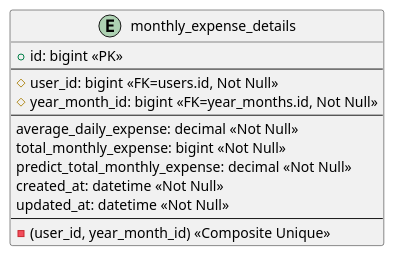
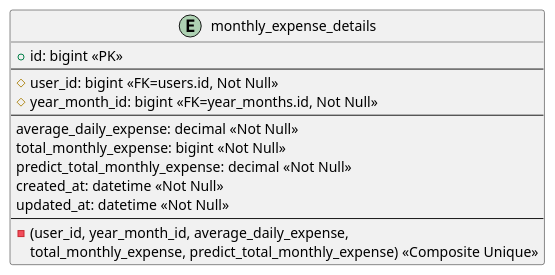
Before and after one commit to ZoveRKI/BookKeeping: the diagram in Plantuml/tables/monthly_expense_details.puml, drawn with PlantUML. The commit also changed 2 other files, not shown here.

```diff
--- a/Plantuml/tables/monthly_expense_details.puml
+++ b/Plantuml/tables/monthly_expense_details.puml
@@ -1,18 +1,19 @@
 @startuml monthly_expense_details
 
 entity "monthly_expense_details" as monthly_expense_details {
     + id: bigint <<PK>>
     --
     # user_id: bigint <<FK=users.id, Not Null>>
     # year_month_id: bigint <<FK=year_months.id, Not Null>>
     --
     average_daily_expense: decimal <<Not Null>>
     total_monthly_expense: bigint <<Not Null>>
     predict_total_monthly_expense: decimal <<Not Null>>
     created_at: datetime <<Not Null>>
     updated_at: datetime <<Not Null>>
     --
-    - (user_id, year_month_id) <<Composite Unique>>
+    - (user_id, year_month_id, average_daily_expense,
+    total_monthly_expense, predict_total_monthly_expense) <<Composite Unique>>
 }
 
 @enduml
```
